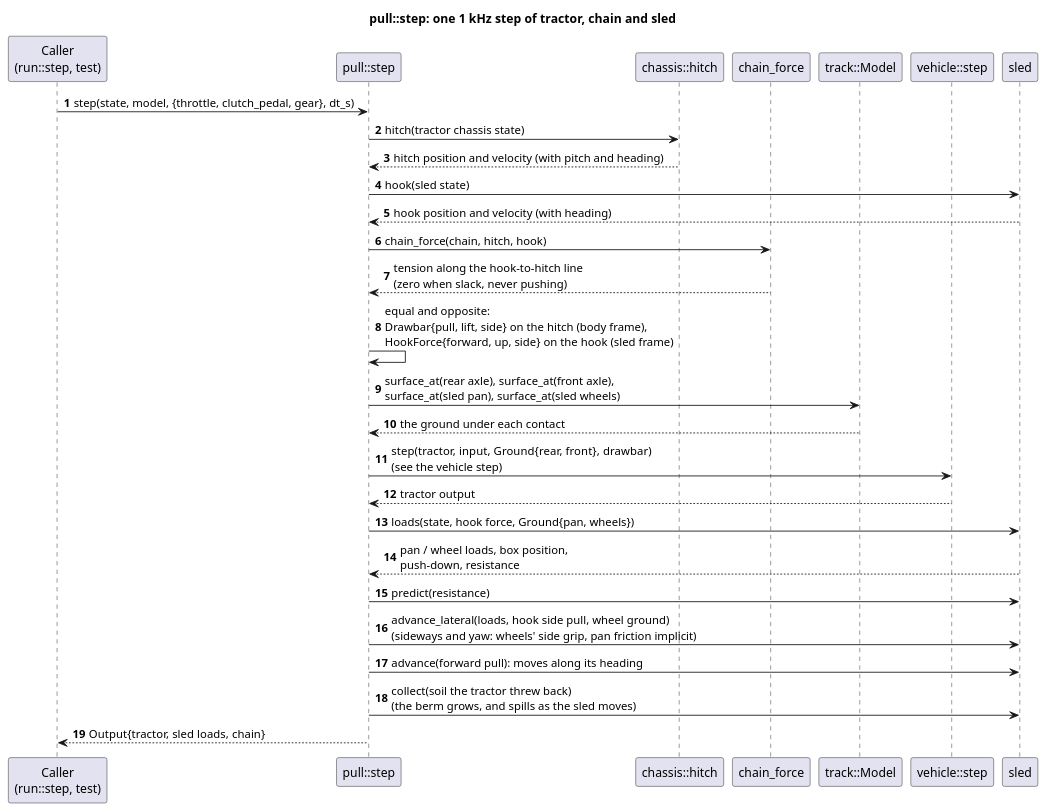
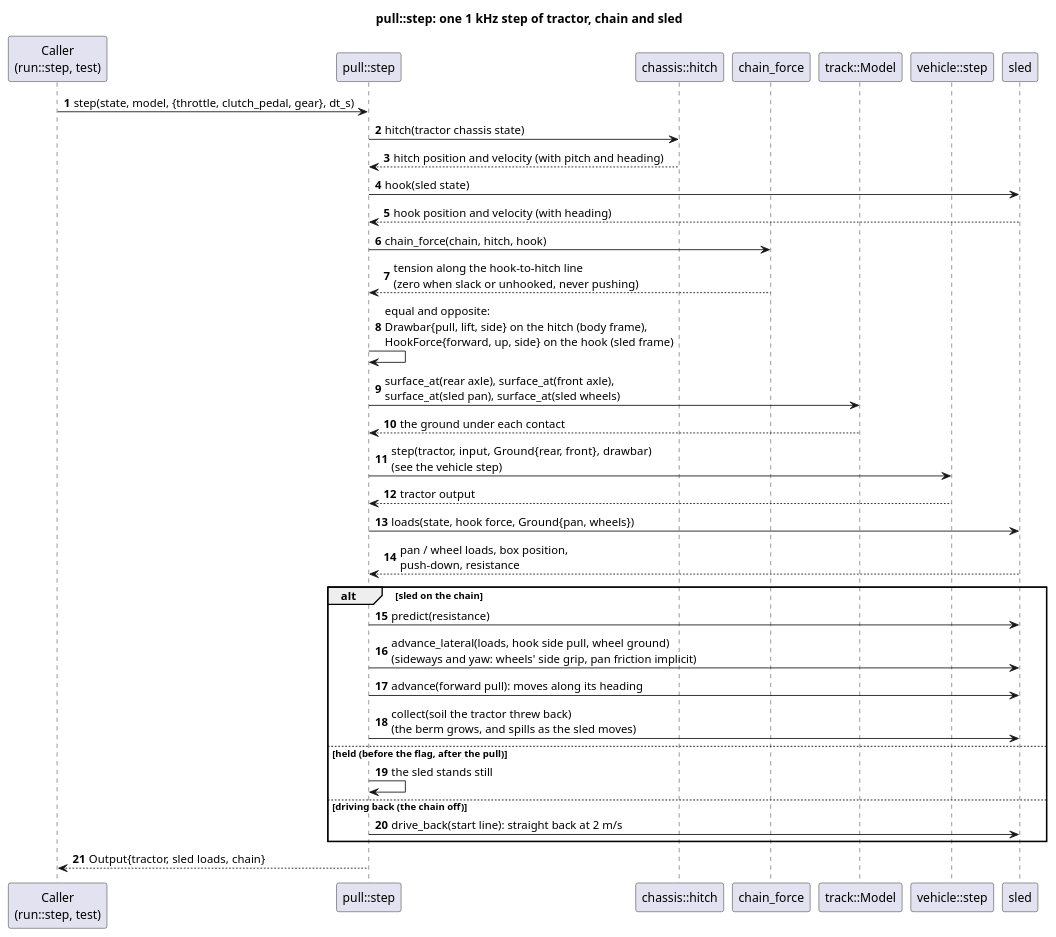
The diagram in docs/diagrams/pull_step_sequence.puml (wversteeg/TractorPulling), drawn with PlantUML before and after one commit. The commit also changed 37 other files, not shown here.

First line of the commit message:
Turn: the binding, docs and diagrams

```diff
--- a/docs/diagrams/pull_step_sequence.puml
+++ b/docs/diagrams/pull_step_sequence.puml
@@ -1,31 +1,37 @@
 @startuml pull_step_sequence
 title pull::step: one 1 kHz step of tractor, chain and sled
 autonumber
 participant "Caller\n(run::step, test)" as Caller
 participant "pull::step" as Step
 participant "chassis::hitch" as Hitch
 participant "chain_force" as Chain
 participant "track::Model" as Track
 participant "vehicle::step" as Vehicle
 participant "sled" as Sled
 
 Caller -> Step : step(state, model, {throttle, clutch_pedal, gear}, dt_s)
 Step -> Hitch : hitch(tractor chassis state)
 Hitch --> Step : hitch position and velocity (with pitch and heading)
 Step -> Sled : hook(sled state)
 Sled --> Step : hook position and velocity (with heading)
 Step -> Chain : chain_force(chain, hitch, hook)
-Chain --> Step : tension along the hook-to-hitch line\n(zero when slack, never pushing)
+Chain --> Step : tension along the hook-to-hitch line\n(zero when slack or unhooked, never pushing)
 Step -> Step : equal and opposite:\nDrawbar{pull, lift, side} on the hitch (body frame),\nHookForce{forward, up, side} on the hook (sled frame)
 Step -> Track : surface_at(rear axle), surface_at(front axle),\nsurface_at(sled pan), surface_at(sled wheels)
 Track --> Step : the ground under each contact
 Step -> Vehicle : step(tractor, input, Ground{rear, front}, drawbar)\n(see the vehicle step)
 Vehicle --> Step : tractor output
 Step -> Sled : loads(state, hook force, Ground{pan, wheels})
 Sled --> Step : pan / wheel loads, box position,\npush-down, resistance
-Step -> Sled : predict(resistance)
-Step -> Sled : advance_lateral(loads, hook side pull, wheel ground)\n(sideways and yaw: wheels' side grip, pan friction implicit)
-Step -> Sled : advance(forward pull): moves along its heading
-Step -> Sled : collect(soil the tractor threw back)\n(the berm grows, and spills as the sled moves)
+alt sled on the chain
+  Step -> Sled : predict(resistance)
+  Step -> Sled : advance_lateral(loads, hook side pull, wheel ground)\n(sideways and yaw: wheels' side grip, pan friction implicit)
+  Step -> Sled : advance(forward pull): moves along its heading
+  Step -> Sled : collect(soil the tractor threw back)\n(the berm grows, and spills as the sled moves)
+else held (before the flag, after the pull)
+  Step -> Step : the sled stands still
+else driving back (the chain off)
+  Step -> Sled : drive_back(start line): straight back at 2 m/s
+end
 Step --> Caller : Output{tractor, sled loads, chain}
 @enduml
```
